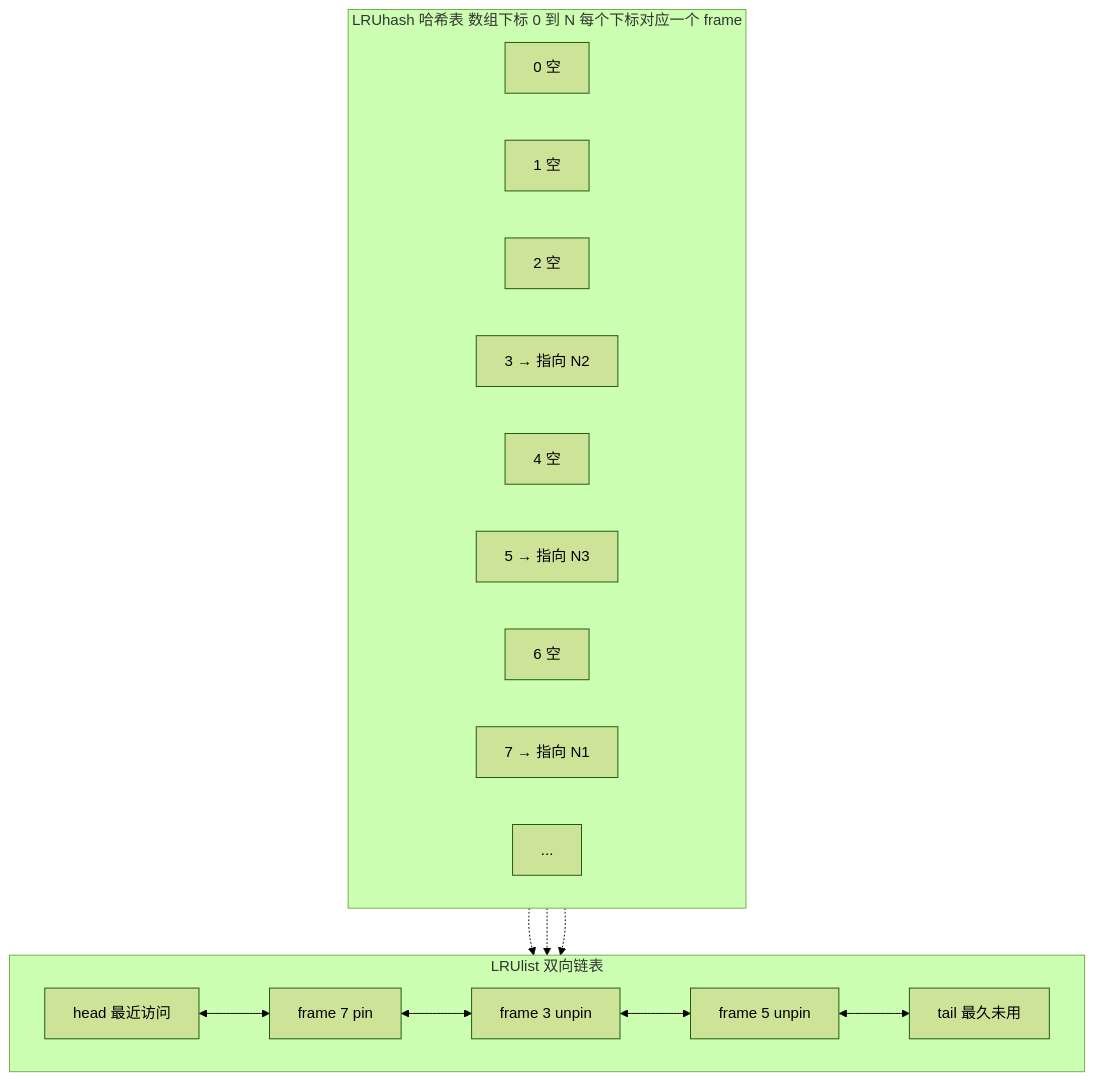
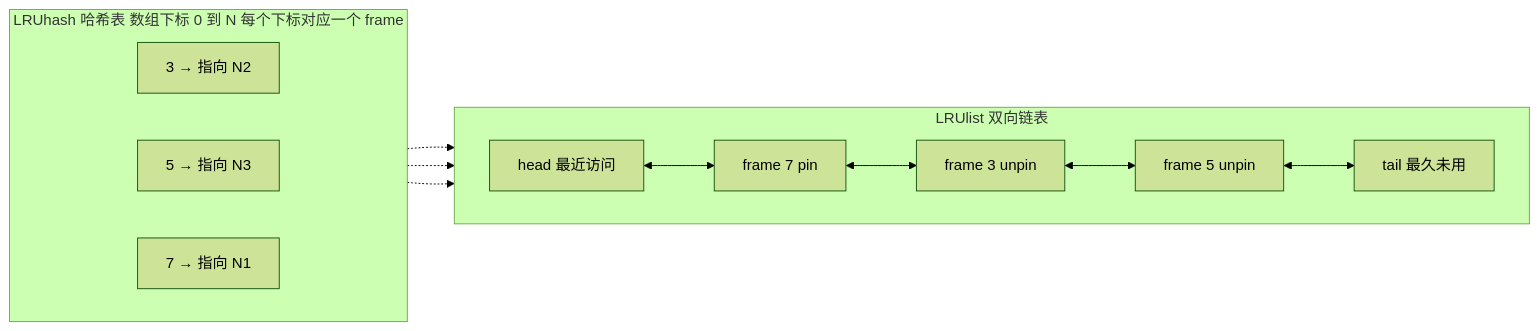
One commit to Dorian7Alden/RMDB-2024-Analyze changed the first of 11 diagrams in my-analysis/01-storage-layer/07-page-replacer.md. Above: the diagram before and after it, drawn with Mermaid (forest theme). The commit also changed other lines of this file, not shown here.

````diff
--- a/my-analysis/01-storage-layer/07-page-replacer.md
+++ b/my-analysis/01-storage-layer/07-page-replacer.md
@@ -44,27 +44,21 @@
 ```mermaid
-flowchart TD
+flowchart LR
     subgraph LIST["LRUlist 双向链表"]
         direction LR
         HEAD["head 最近访问"] <--> N1["frame 7 pin"]
         N1 <--> N2["frame 3 unpin"]
         N2 <--> N3["frame 5 unpin"]
         N3 <--> TAIL["tail 最久未用"]
     end
 
     subgraph HASH["LRUhash 哈希表 数组下标 0 到 N 每个下标对应一个 frame"]
         direction LR
-        H0["0 空"]
-        H1["1 空"]
-        H2["2 空"]
         H3["3 → 指向 N2"]
-        H4["4 空"]
         H5["5 → 指向 N3"]
-        H6["6 空"]
         H7["7 → 指向 N1"]
-        HD["..."]
     end
 
     H3 -.-> N2
     H5 -.-> N3
     H7 -.-> N1
 ```
````
